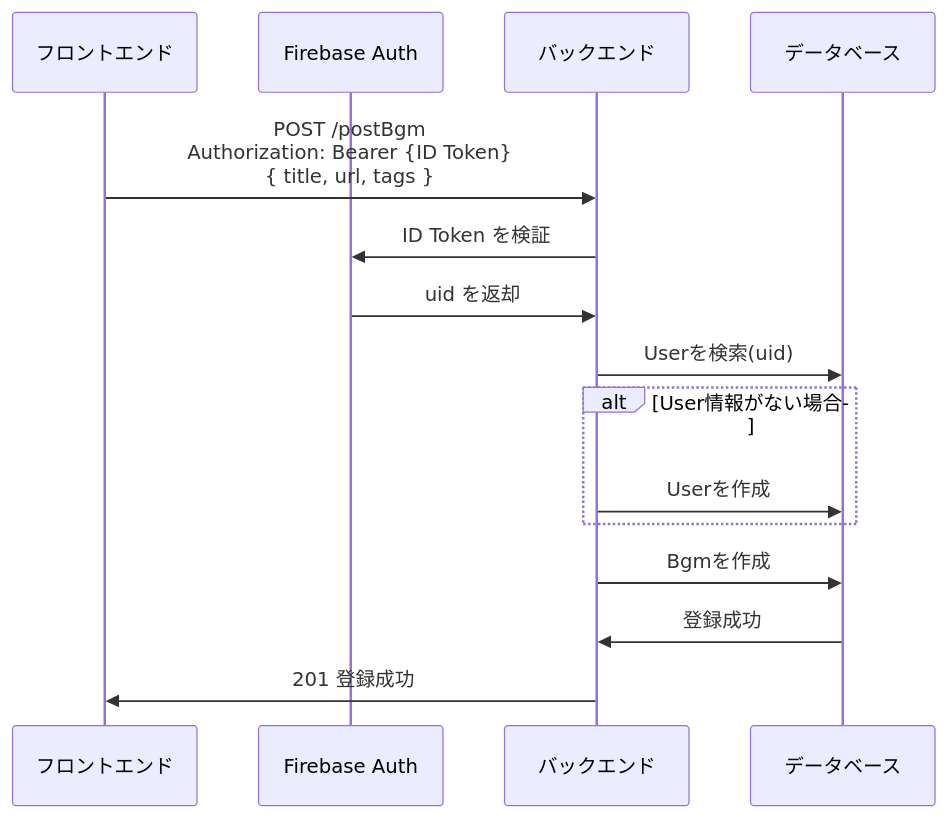
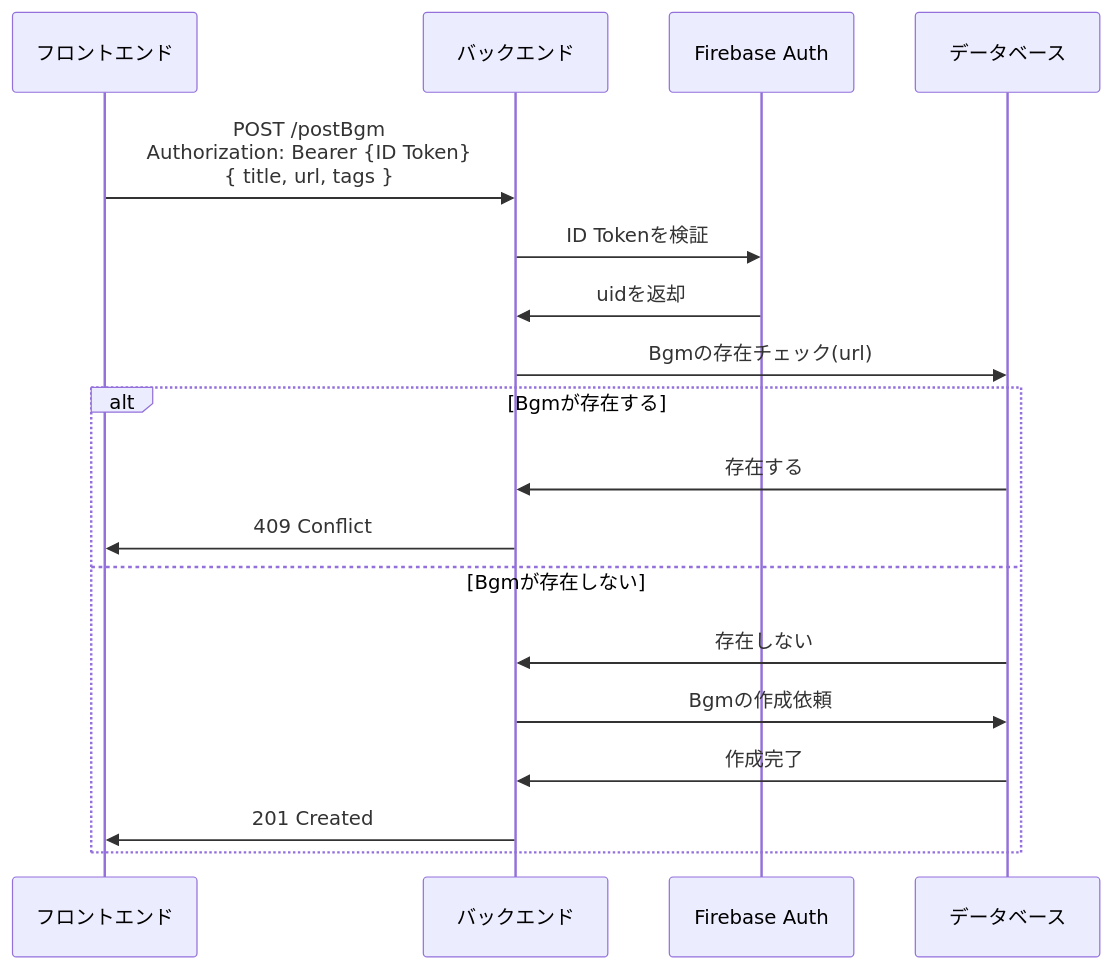
The second of 5 diagrams in docs/sequence.md (kagomen/bgm-api-springboot), drawn with Mermaid before and after one commit. The commit also changed other lines of this file, not shown here.

Commit message:
シーケンス図の修正（例外処理の追加、Userテーブル作成のフローを追加）

````diff
--- a/docs/sequence.md
+++ b/docs/sequence.md
@@ -7,23 +35,23 @@
 ```mermaid
 sequenceDiagram
   participant FE as フロントエンド
-  participant Firebase as Firebase Auth
   participant BE as バックエンド
+  participant FB as Firebase Auth
   participant DB as データベース
 
   FE->>BE: POST /postBgm<br />Authorization: Bearer {ID Token}<br />{ title, url, tags }
 
-  BE->>Firebase: ID Token を検証
-  Firebase->>BE: uid を返却
+  BE->>FB: ID Tokenを検証
+  FB->>BE: uidを返却
+  BE->>DB: Bgmの存在チェック(url)
 
-  BE->>DB: Userを検索(uid)
-
-  alt User情報がない場合
-  BE->>DB: Userを作成
+  alt Bgmが存在する
+    DB->>BE: 存在する
+    BE->>FE: 409 Conflict
+  else Bgmが存在しない
+    DB->>BE: 存在しない
+    BE->>DB: Bgmの作成依頼
+    DB->>BE: 作成完了
+    BE->>FE: 201 Created
   end
-
-  BE->>DB: Bgmを作成
-  DB->>BE: 登録成功
-
-  BE->>FE: 201 登録成功
 ```
````
